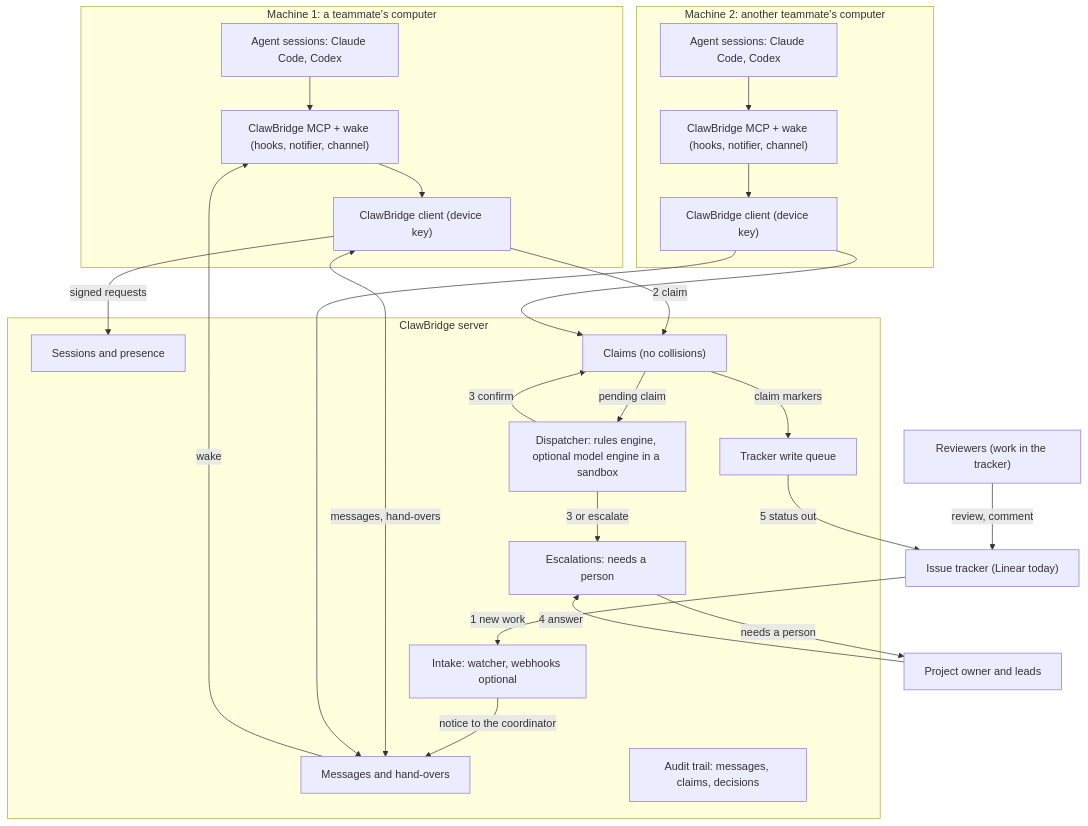
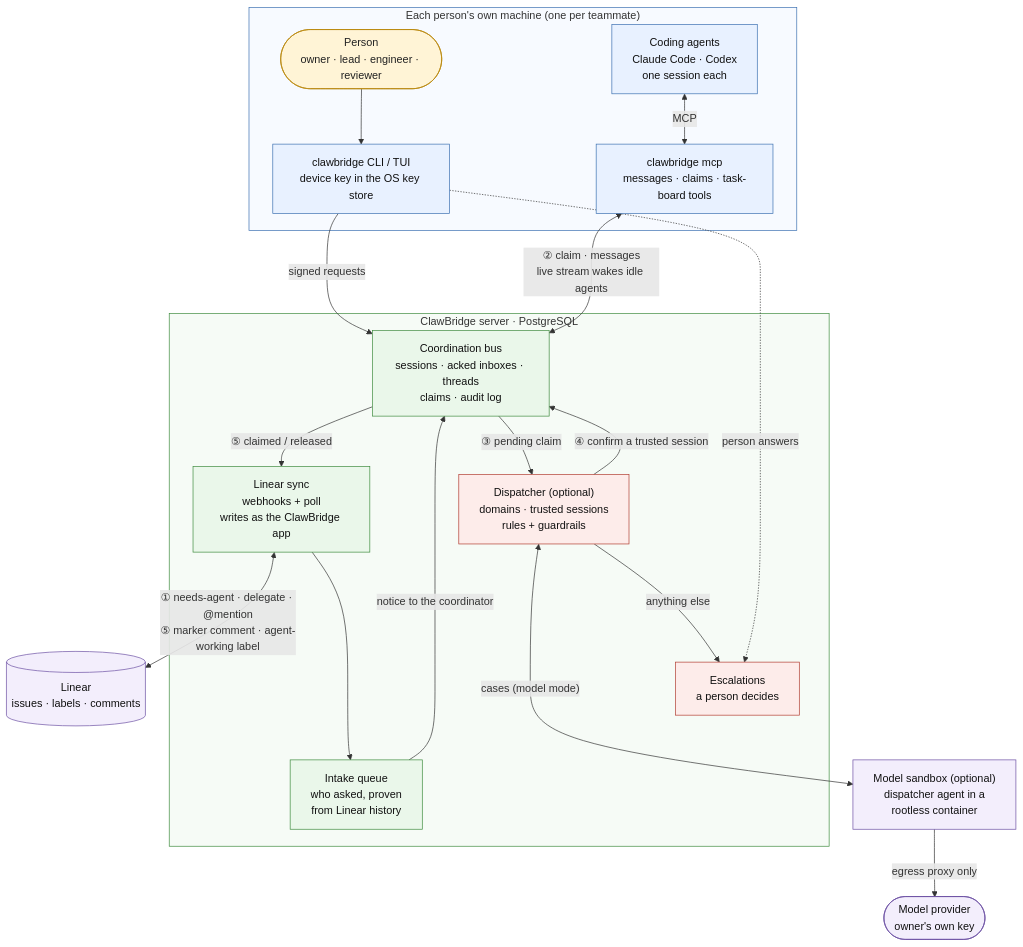
The diagram in docs/images/coordination.mmd (jkai-chen/ClawBridge), drawn with Mermaid before and after one commit. The commit also changed other lines of this file and 2 other files, not shown here.

Commit message:
docs(readme): use the coordination diagram without the planned items
Redraw the coordination diagram from the v1.0.0 architecture source and drop the planned items. The How it works paragraph now follows the diagram's numbers.

```diff
--- a/docs/images/coordination.mmd
+++ b/docs/images/coordination.mmd
@@ -1,49 +1,57 @@
 %% Source of docs/images/coordination.svg. After editing, regenerate the SVG from the repo root with:
 %%   npx -y @mermaid-js/mermaid-cli@11.4.2 -b white -c cfg.json -i docs/images/coordination.mmd -o docs/images/coordination.svg
 %% where cfg.json contains: {"htmlLabels":false,"flowchart":{"htmlLabels":false}}
 %% (htmlLabels off makes labels SVG text, not foreignObject, so the image renders through an img tag.)
+%% ClawBridge v1.0.0: how people and agents coordinate
 flowchart TB
-    subgraph M1 ["Machine 1: a teammate's computer"]
-        AG1["Agent sessions: Claude Code, Codex"]
-        MCP1["ClawBridge MCP + wake (hooks, notifier, channel)"]
-        CL1["ClawBridge client (device key)"]
-    end
-    subgraph M2 ["Machine 2: another teammate's computer"]
-        AG2["Agent sessions: Claude Code, Codex"]
-        MCP2["ClawBridge MCP + wake (hooks, notifier, channel)"]
-        CL2["ClawBridge client (device key)"]
-    end
-    TRK["Issue tracker (Linear today)"]
-    OWN["Project owner and leads"]
-    REV["Reviewers (work in the tracker)"]
-    subgraph SRV ["ClawBridge server"]
-        SES["Sessions and presence"]
-        MSG["Messages and hand-overs"]
-        INT["Intake: watcher, webhooks optional"]
-        CLM["Claims (no collisions)"]
-        DISP["Dispatcher: rules engine, optional model engine in a sandbox"]
-        ESC["Escalations: needs a person"]
-        WQ["Tracker write queue"]
-        AUD["Audit trail: messages, claims, decisions"]
-    end
+  subgraph MACHINE["Each person's own machine (one per teammate)"]
+    PERSON(["Person<br/>owner · lead · engineer · reviewer"])
+    CLI["clawbridge CLI / TUI<br/>device key in the OS key store"]
+    AGENTS["Coding agents<br/>Claude Code · Codex<br/>one session each"]
+    MCP["clawbridge mcp<br/>messages · claims · task-board tools"]
+  end
 
-    AG1 --> MCP1
-    MCP1 --> CL1
-    AG2 --> MCP2
-    MCP2 --> CL2
-    CL1 -->|"signed requests"| SES
-    CL1 -->|"2 claim"| CLM
-    CL2 --> CLM
-    CLM -->|"pending claim"| DISP
-    DISP -->|"3 confirm"| CLM
-    DISP -->|"3 or escalate"| ESC
-    ESC -->|"needs a person"| OWN
-    OWN -->|"4 answer"| ESC
-    CLM -->|"claim markers"| WQ
-    WQ -->|"5 status out"| TRK
-    REV -->|"review, comment"| TRK
-    TRK -->|"1 new work"| INT
-    INT -->|"notice to the coordinator"| MSG
-    CL1 <-->|"messages, hand-overs"| MSG
-    CL2 --> MSG
-    MSG -->|"wake"| MCP1
+  subgraph SERVER["ClawBridge server · PostgreSQL"]
+    BUS["Coordination bus<br/>sessions · acked inboxes · threads<br/>claims · audit log"]
+    SYNC["Linear sync<br/>webhooks + poll<br/>writes as the ClawBridge app"]
+    INTAKE["Intake queue<br/>who asked, proven<br/>from Linear history"]
+    DISP["Dispatcher (optional)<br/>domains · trusted sessions<br/>rules + guardrails"]
+    ESC["Escalations<br/>a person decides"]
+  end
+
+  SANDBOX["Model sandbox (optional)<br/>dispatcher agent in a<br/>rootless container"]
+  LLM(["Model provider<br/>owner's own key"])
+  LINEAR[("Linear<br/>issues · labels · comments")]
+
+  PERSON --> CLI
+  AGENTS <-->|MCP| MCP
+  CLI -->|signed requests| BUS
+  MCP <-->|"② claim · messages<br/>live stream wakes idle agents"| BUS
+
+  BUS -->|"③ pending claim"| DISP
+  DISP -->|"④ confirm a trusted session"| BUS
+  DISP -->|anything else| ESC
+  CLI -.->|"person answers"| ESC
+
+  DISP <-->|"cases (model mode)"| SANDBOX
+  SANDBOX -->|egress proxy only| LLM
+  ESC ~~~ SANDBOX
+  LINEAR ~~~ INTAKE
+
+  BUS -->|"⑤ claimed / released"| SYNC
+  SYNC <-->|"① needs-agent · delegate · @mention<br/>⑤ marker comment · agent-working label"| LINEAR
+  SYNC --> INTAKE
+  INTAKE -->|notice to the coordinator| BUS
+
+  classDef person fill:#fff4d6,stroke:#b8860b,color:#222
+  classDef local fill:#e8f1ff,stroke:#3a6fb0,color:#111
+  classDef server fill:#eaf7ea,stroke:#3c8a3c,color:#111
+  classDef guard fill:#fdecea,stroke:#b03a2e,color:#111
+  classDef ext fill:#f3eefc,stroke:#6b4fa3,color:#111
+  class PERSON person
+  class CLI,AGENTS,MCP local
+  class BUS,INTAKE,SYNC server
+  class DISP,ESC guard
+  class SANDBOX,LINEAR,LLM ext
+  style MACHINE fill:#f7faff,stroke:#3a6fb0
+  style SERVER fill:#f6fbf6,stroke:#3c8a3c
```
